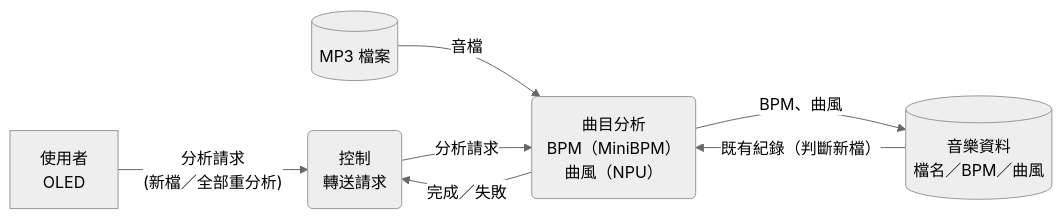
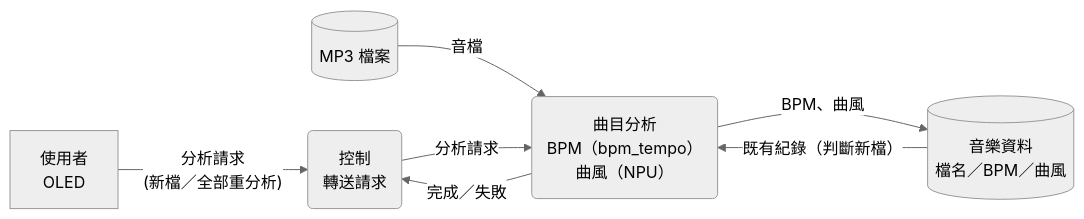
Before and after one commit to Squirrel-li/hear-your-heart: the second of 4 diagrams in docs/hub8735/DFD.md, drawn with Mermaid (neutral theme). The commit also changed other lines of this file and 10 other files, not shown here.

````diff
--- a/docs/hub8735/DFD.md
+++ b/docs/hub8735/DFD.md
@@ -31,16 +33,16 @@
 ```mermaid
 flowchart LR
     U["使用者<br/>OLED"]
     LIB[("音樂資料<br/>檔名／BPM／曲風")]
     MP3[("MP3 檔案")]
 
     C("控制<br/>轉送請求")
-    M("曲目分析<br/>BPM（MiniBPM）<br/>曲風（NPU）")
+    M("曲目分析<br/>BPM（bpm_tempo）<br/>曲風（NPU）")
 
     U -- "分析請求<br/>(新檔／全部重分析)" --> C
     C -- "分析請求" --> M
     MP3 -- "音檔" --> M
     LIB -- "既有紀錄（判斷新檔）" --> M
     M -- "BPM、曲風" --> LIB
     M -- "完成／失敗" --> C
 ```
````
